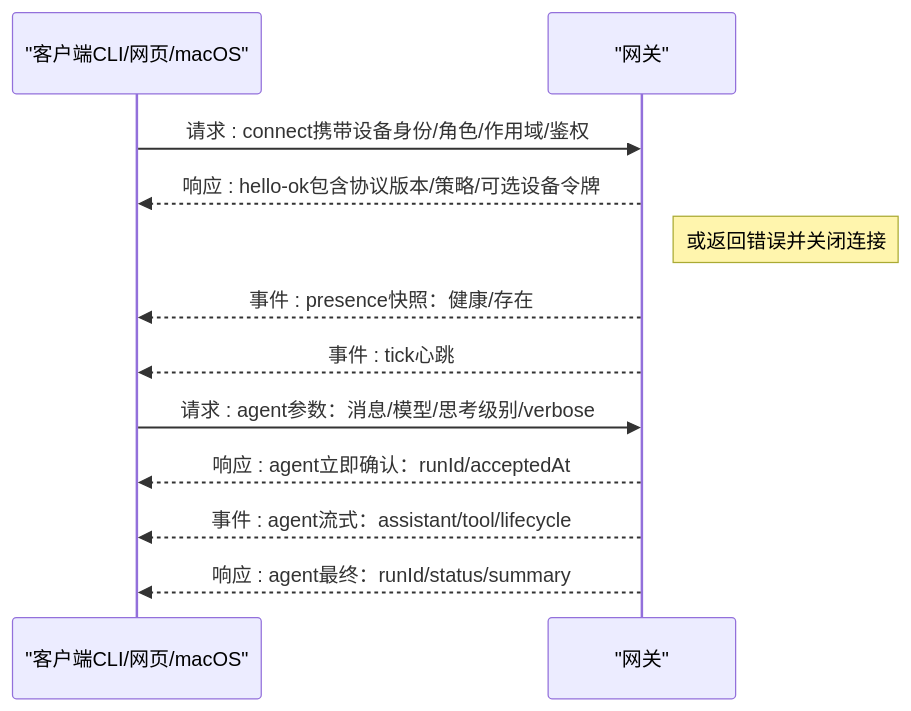
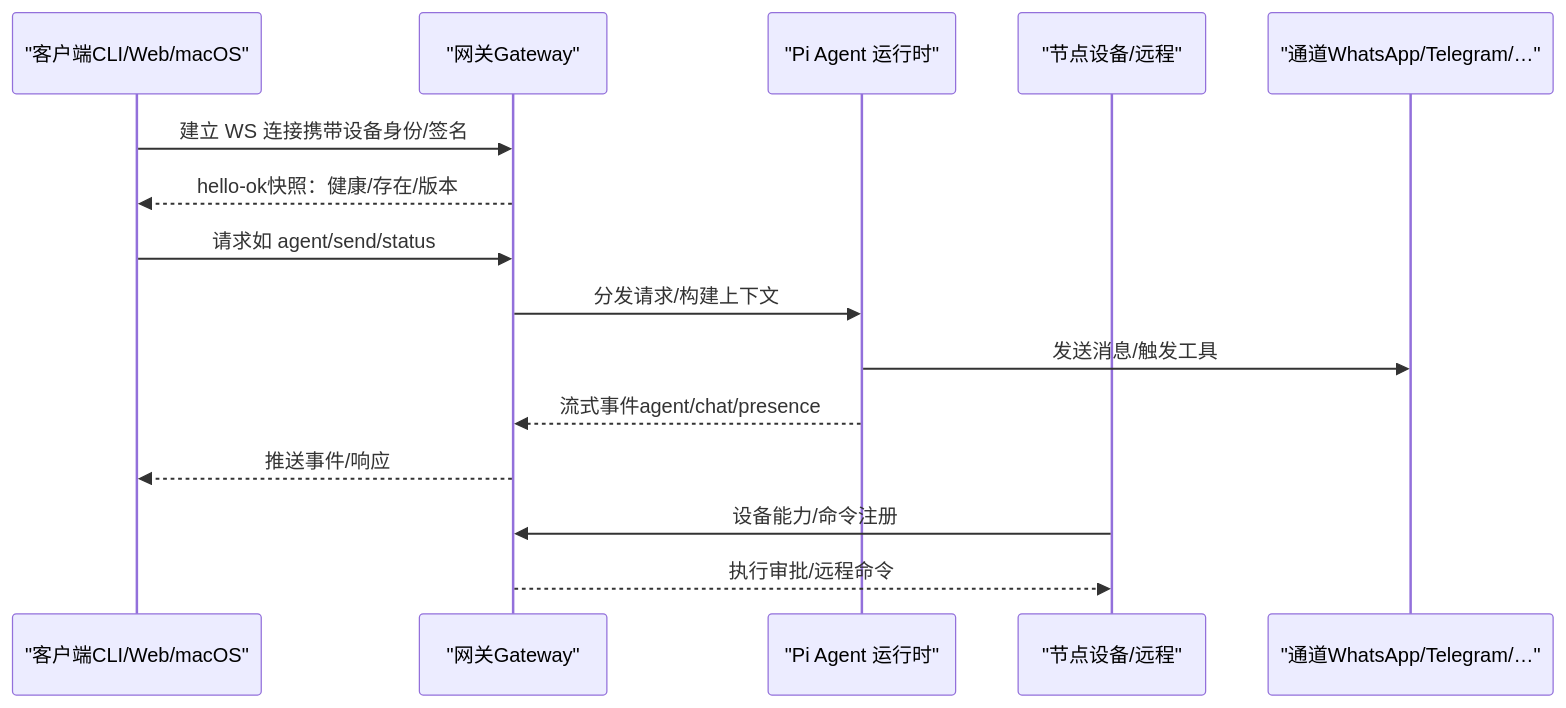
The second of 10 diagrams in repowiki/zh/content/核心概念/核心概念.md (botx-work/OpenClaw-Internals), drawn with Mermaid before and after one commit. The commit also changed other lines of this file and 542 other files, not shown here.

````diff
--- a/repowiki/zh/content/核心概念/核心概念.md
+++ b/repowiki/zh/content/核心概念/核心概念.md
@@ -113,14 +112,17 @@
 ```mermaid
 sequenceDiagram
-participant Client as "客户端CLI/网页/macOS"
-participant Gateway as "网关"
-Client->>Gateway : 请求 : connect携带设备身份/角色/作用域/鉴权
-Gateway-->>Client : 响应 : hello-ok包含协议版本/策略/可选设备令牌
-Note right of Gateway : 或返回错误并关闭连接
-Gateway-->>Client : 事件 : presence快照：健康/存在
-Gateway-->>Client : 事件 : tick心跳
-Client->>Gateway : 请求 : agent参数：消息/模型/思考级别/verbose
-Gateway-->>Client : 响应 : agent立即确认：runId/acceptedAt
-Gateway-->>Client : 事件 : agent流式：assistant/tool/lifecycle
-Gateway-->>Client : 响应 : agent最终：runId/status/summary
+participant Client as "客户端CLI/Web/macOS"
+participant GW as "网关Gateway"
+participant Agent as "Pi Agent 运行时"
+participant Node as "节点设备/远程"
+participant Chan as "通道WhatsApp/Telegram/…"
+Client->>GW : 建立 WS 连接携带设备身份/签名
+GW-->>Client : hello-ok快照：健康/存在/版本
+Client->>GW : 请求如 agent/send/status
+GW->>Agent : 分发请求/构建上下文
+Agent->>Chan : 发送消息/触发工具
+Agent-->>GW : 流式事件agent/chat/presence
+GW-->>Client : 推送事件/响应
+Node->>GW : 设备能力/命令注册
+GW-->>Node : 执行审批/远程命令
 ```
````
